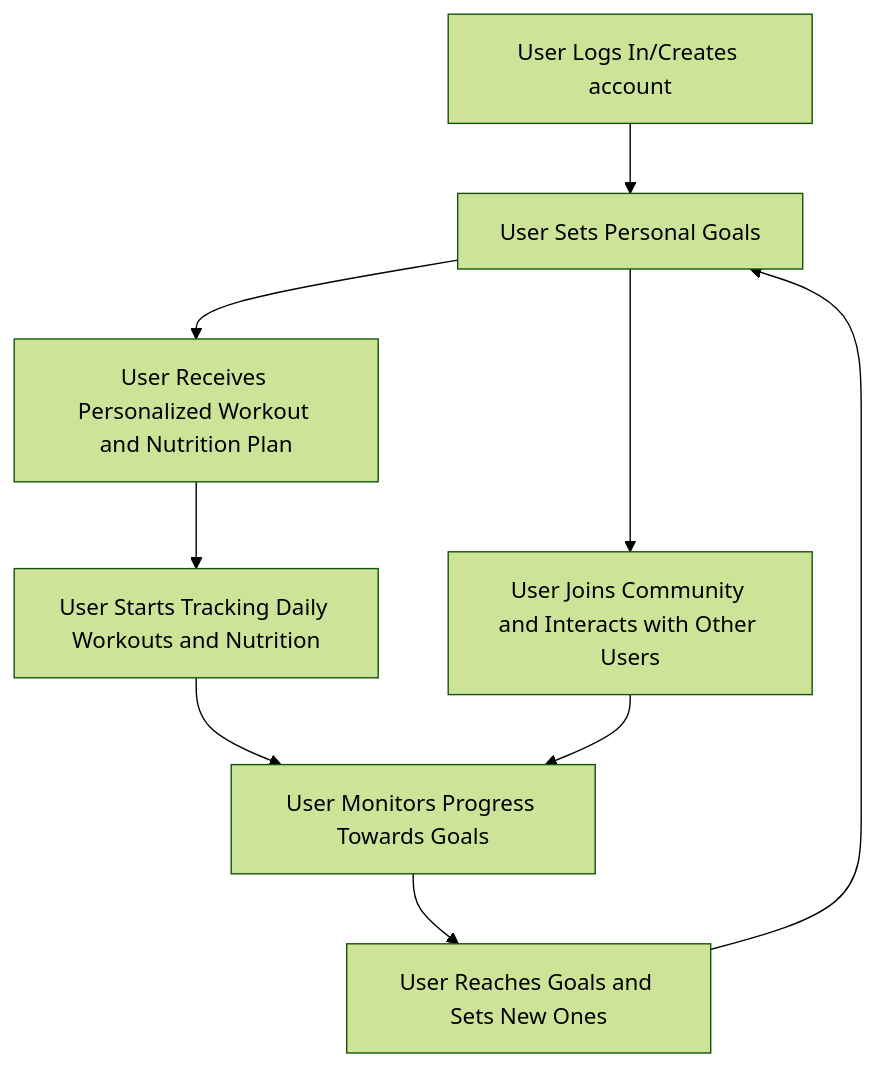
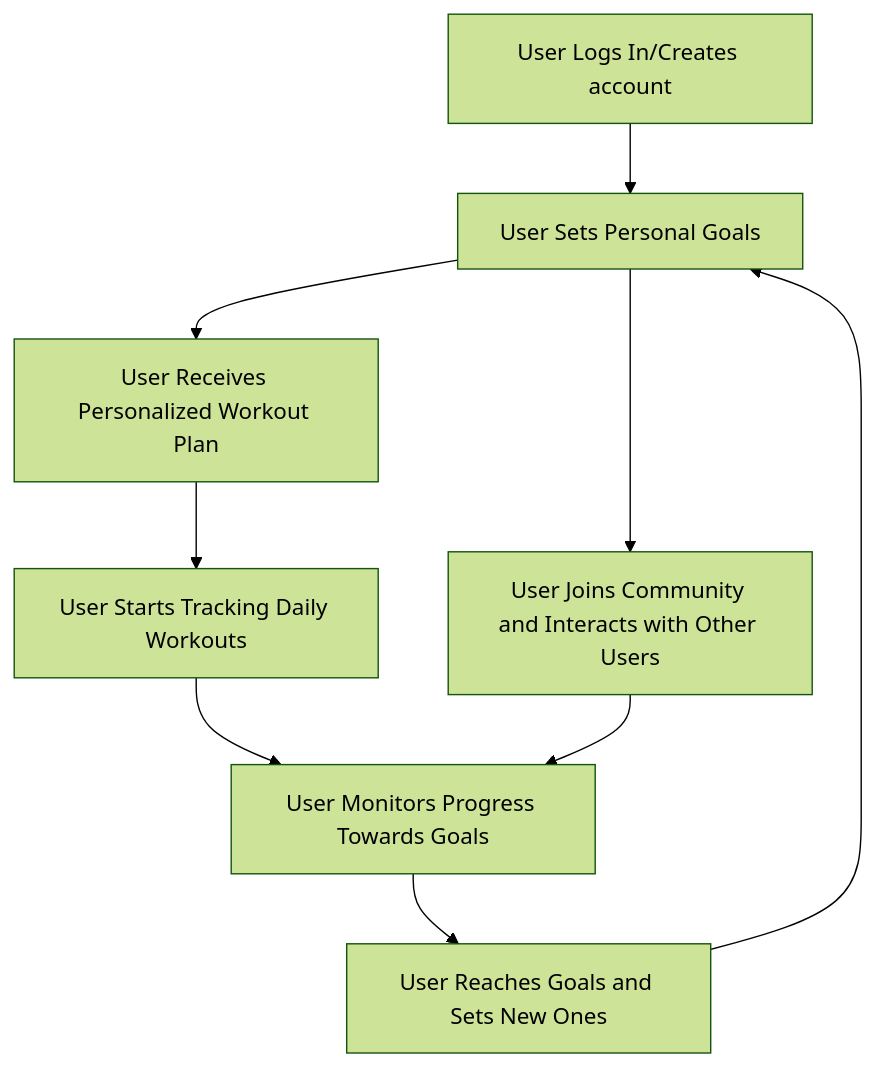
One commit to Keegs4213/Workout-Wise changed the second of 2 diagrams in README.md. Above: the diagram before and after it, drawn with Mermaid (forest theme). The commit also changed other lines of this file, not shown here.

````diff
--- a/README.md
+++ b/README.md
@@ -37,11 +37,11 @@
 ```mermaid
 graph TD
     A[User Logs In/Creates account] --> B[User Sets Personal Goals]
-    B --> C[User Receives Personalized Workout and Nutrition Plan]
-    C --> D[User Starts Tracking Daily Workouts and Nutrition]
+    B --> C[User Receives Personalized Workout Plan]
+    C --> D[User Starts Tracking Daily Workouts]
     B --> E[User Joins Community and Interacts with Other Users]
     D --> F[User Monitors Progress Towards Goals]
     E --> F
     F --> G[User Reaches Goals and Sets New Ones]
     G --> B
 ```
````
